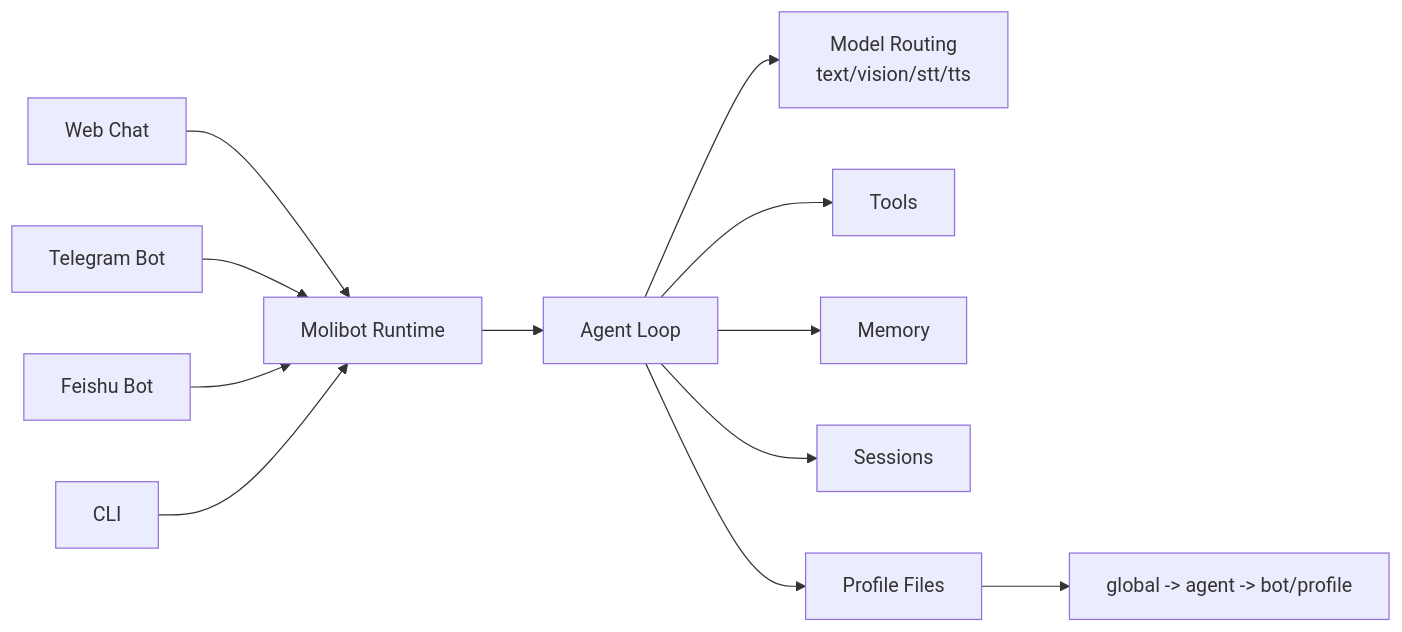
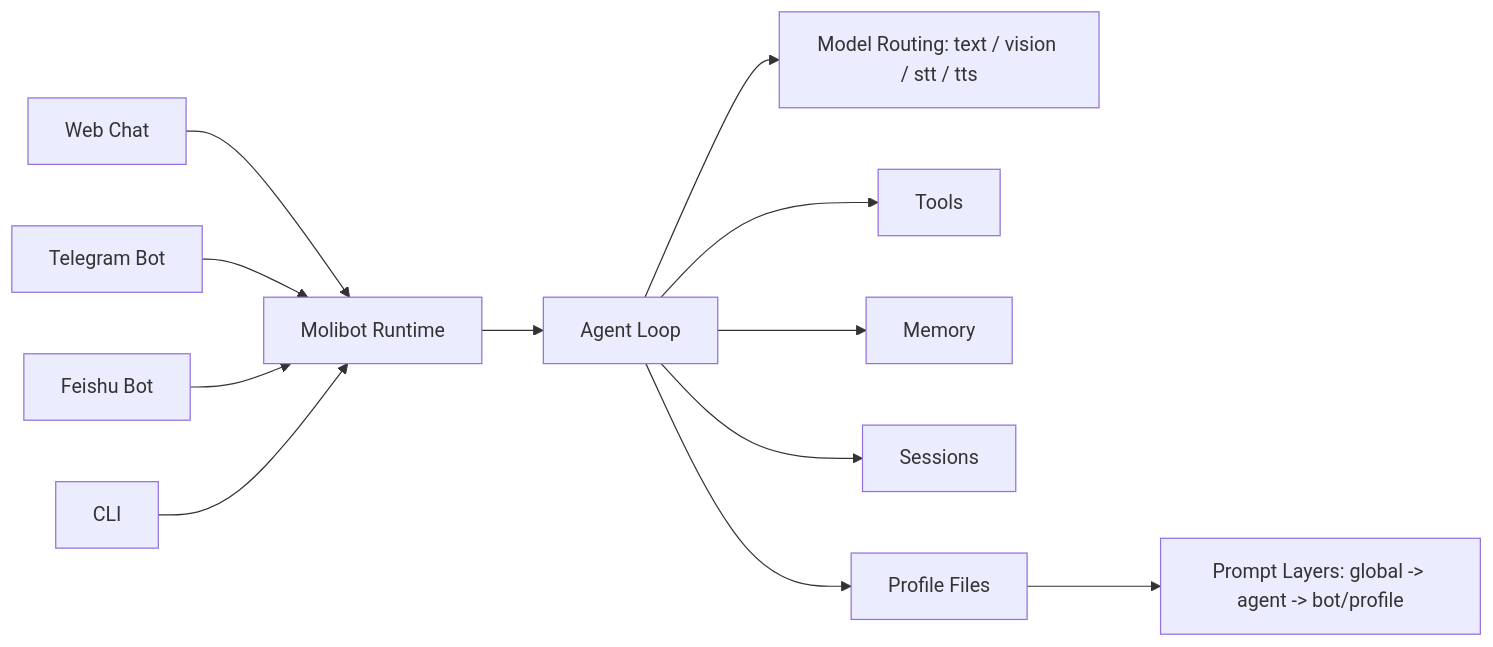
The diagram in readme.md (gusibi/molibot), drawn with Mermaid before and after one commit. The commit also changed other lines of this file and 6 other files, not shown here.

````diff
--- a/readme.md
+++ b/readme.md
@@ -49,16 +49,16 @@
 ```mermaid
 flowchart LR
     A[Web Chat] --> R[Molibot Runtime]
     B[Telegram Bot] --> R
     C[Feishu Bot] --> R
     D[CLI] --> R
 
     R --> P[Agent Loop]
-    P --> M[Model Routing<br/>text/vision/stt/tts]
+    P --> M["Model Routing: text / vision / stt / tts"]
     P --> T[Tools]
     P --> MM[Memory]
     P --> S[Sessions]
     P --> F[Profile Files]
 
-    F --> L[global -> agent -> bot/profile]
+    F --> L["Prompt Layers: global -> agent -> bot/profile"]
 ```
````
